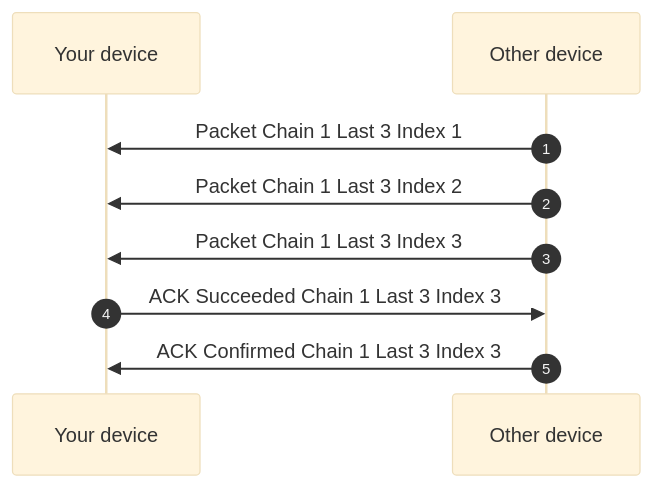
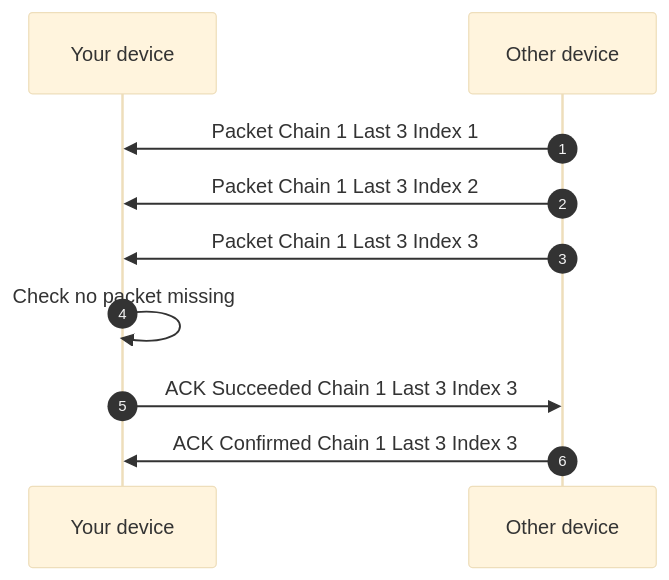
The second of 3 diagrams in mechanisms/ACKNOWLEDGEMENT.md (4surix/honeybee), drawn with Mermaid (base theme) before and after one commit. The commit also changed other lines of this file and 3 other files, not shown here.

````diff
--- a/mechanisms/ACKNOWLEDGEMENT.md
+++ b/mechanisms/ACKNOWLEDGEMENT.md
@@ -85,12 +85,13 @@
 ```mermaid
 sequenceDiagram
     autonumber
     participant DeviceX as Your device
     participant DeviceN as Other device
 
     DeviceN ->> DeviceX: Packet Chain 1 Last 3 Index 1
     DeviceN ->> DeviceX: Packet Chain 1 Last 3 Index 2
     DeviceN ->> DeviceX: Packet Chain 1 Last 3 Index 3
+    DeviceX ->> DeviceX: Check no packet missing
     DeviceX ->> DeviceN: ACK Succeeded Chain 1 Last 3 Index 3
     DeviceN ->> DeviceX: ACK Confirmed Chain 1 Last 3 Index 3
 ```
````
